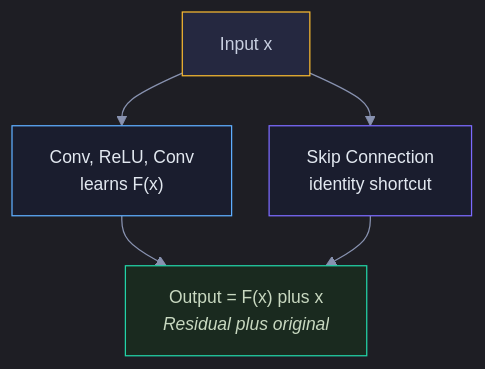
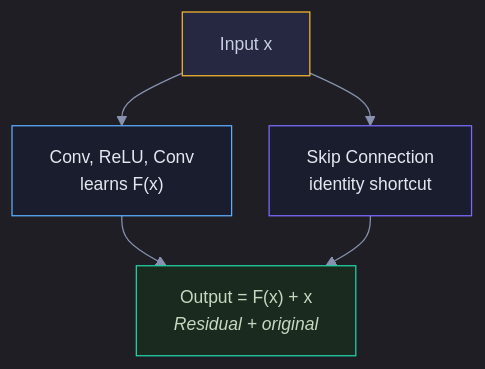
One commit to snehith1234/StudyCircle changed diagram 11 of 12 in Documents/Visual_Guides/Deep_Learning/CNNs_Visual.md. Above: the diagram before and after it, drawn with Mermaid. The commit also changed other lines of this file and 10 other files, not shown here.

First line of the commit message:
Fix Mermaid formatting and add RNN/LSTM guides

````diff
--- a/Documents/Visual_Guides/Deep_Learning/CNNs_Visual.md
+++ b/Documents/Visual_Guides/Deep_Learning/CNNs_Visual.md
@@ -228,13 +228,13 @@
 ```mermaid
 %%{init: {'theme': 'dark', 'themeVariables': {'darkMode': true, 'background': '#0e1117', 'primaryColor': '#1a1d2e', 'primaryTextColor': '#e2e8f0', 'primaryBorderColor': '#2d3148', 'lineColor': '#8892b0', 'secondaryColor': '#252840', 'tertiaryColor': '#1a1d2e', 'fontSize': '14px', 'edgeLabelBackground': '#0e1117'}, 'flowchart': {'nodeSpacing': 30, 'rankSpacing': 40, 'padding': 15, 'htmlLabels': true}}}%%
 graph TD
     X["Input x"] --> CONV["Conv, ReLU, Conv<br/>learns F(x)"]
     X --> SKIP["Skip Connection<br/>identity shortcut"]
-    CONV --> ADD["Output = F(x) plus x<br/><i>Residual plus original</i>"]
+    CONV --> ADD["Output = F(x) + x<br/><i>Residual + original</i>"]
     SKIP --> ADD
 
     style X fill:#252840,stroke:#f5b731,color:#c8cfe0
     style CONV fill:#1a1d2e,stroke:#5eaeff,color:#e2e8f0
     style SKIP fill:#1a1d2e,stroke:#7c6aff,color:#e2e8f0
     style ADD fill:#1a2a1f,stroke:#22d3a7,color:#c8d8c0
 ```
````
